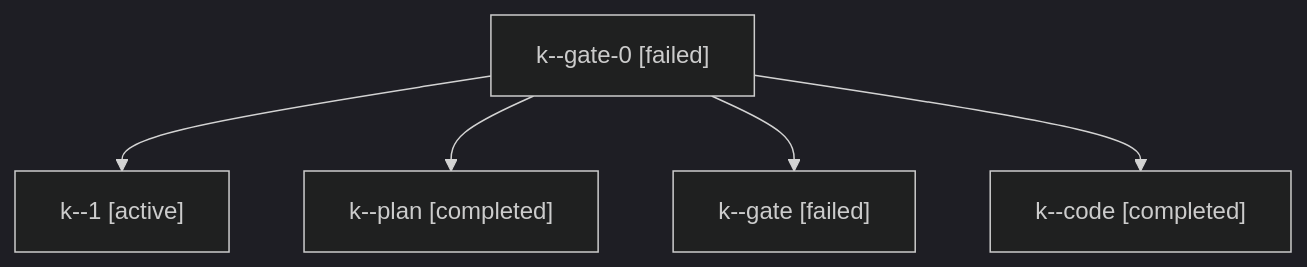
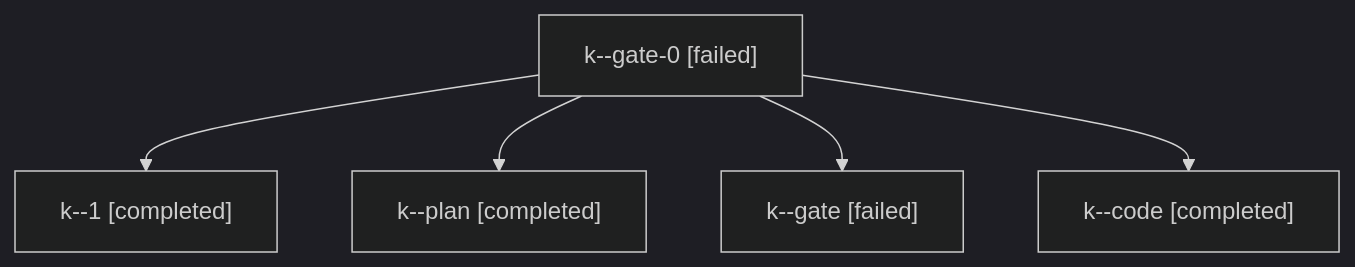
The diagram in sessions/bbugyi200.kellys_mbp.k.md (bobs-org/bob-cli--agents), drawn with Mermaid (dark theme) before and after one commit. The commit also changed other lines of this file and 25 other files, not shown here.

````diff
--- a/sessions/bbugyi200.kellys_mbp.k.md
+++ b/sessions/bbugyi200.kellys_mbp.k.md
@@ -9,12 +9,12 @@
 ```mermaid
 flowchart TD
   n0["k--gate-0 [failed]"]
-  n1["k--1 [active]"]
+  n1["k--1 [completed]"]
   n0 --> n1
   n2["k--plan [completed]"]
   n0 --> n2
   n3["k--gate [failed]"]
   n0 --> n3
   n4["k--code [completed]"]
   n0 --> n4
 ```
````
